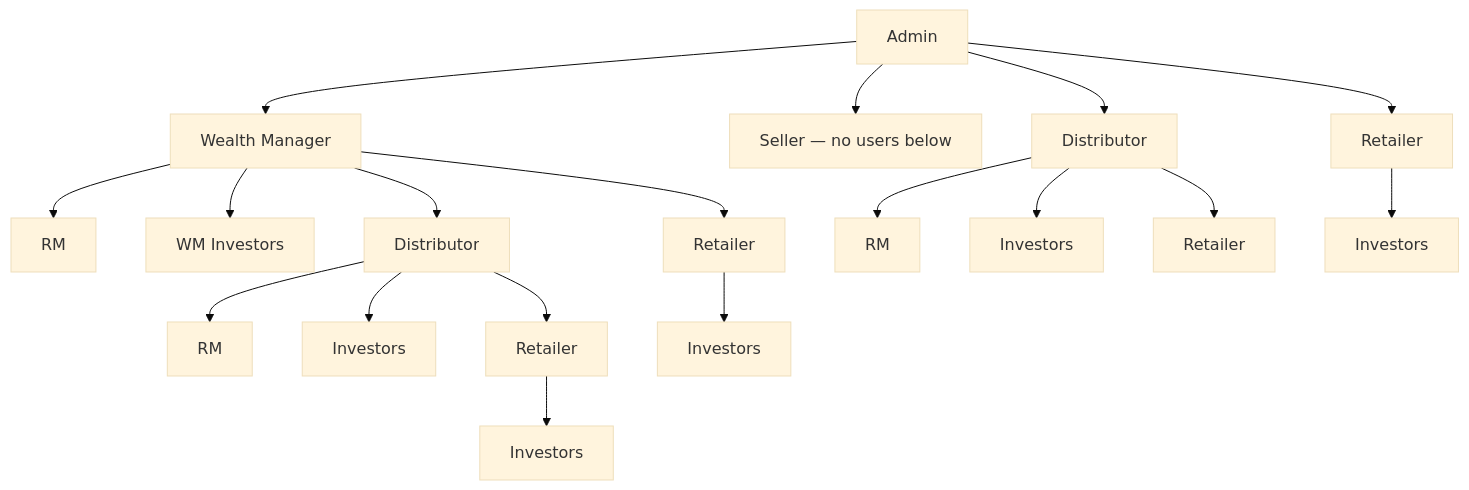
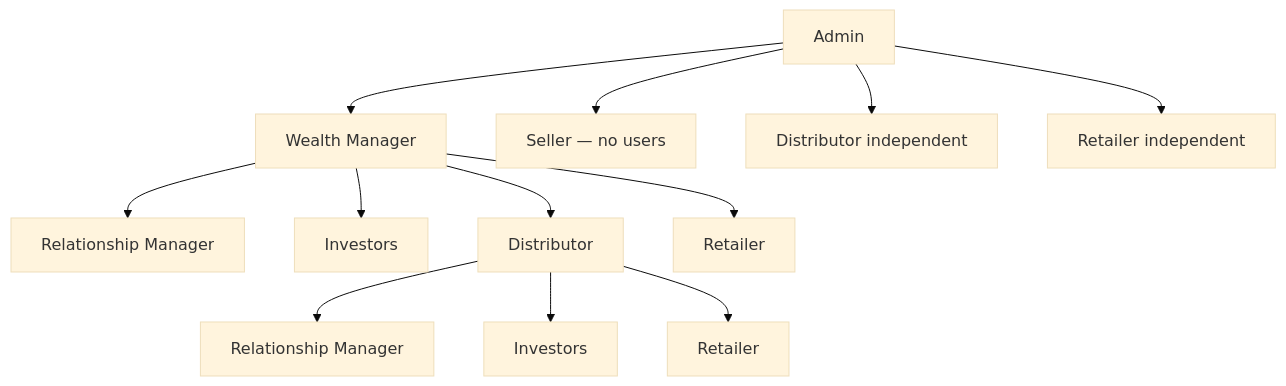
The diagram in docs/new-system/workflows/flows/wm-create-seller-distributor.md (kavadevelopers/PrivateDealsBackend), drawn with Mermaid (base theme) before and after one commit. The commit also changed other lines of this file and 27 other files, not shown here.

````diff
--- a/docs/new-system/workflows/flows/wm-create-seller-distributor.md
+++ b/docs/new-system/workflows/flows/wm-create-seller-distributor.md
@@ -57,20 +50,14 @@
 ```mermaid
 flowchart TB
   Admin[Admin] --> WM[Wealth Manager]
-  Admin --> Seller[Seller — no users below]
-  Admin --> DistAdmin[Distributor]
-  Admin --> RetAdmin[Retailer]
-  WM --> RM_WM[RM]
-  WM --> WMInv[WM Investors]
-  WM --> DistWM[Distributor]
-  WM --> RetWM[Retailer]
-  DistWM --> RM_D[RM]
-  DistWM --> DistInv[Investors]
-  DistWM --> RetFromD[Retailer]
-  DistAdmin --> RM_D2[RM]
-  DistAdmin --> DistInv2[Investors]
-  DistAdmin --> RetFromD2[Retailer]
-  RetWM --> RetInv[Investors]
-  RetAdmin --> RetInv2[Investors]
-  RetFromD --> RetInv3[Investors]
+  Admin --> Seller[Seller — no users]
+  Admin --> DistA[Distributor independent]
+  Admin --> RetA[Retailer independent]
+  WM --> RM[Relationship Manager]
+  WM --> Inv[Investors]
+  WM --> Dist[Distributor]
+  WM --> Ret[Retailer]
+  Dist --> RM2[Relationship Manager]
+  Dist --> Inv2[Investors]
+  Dist --> Ret2[Retailer]
 ```
````
